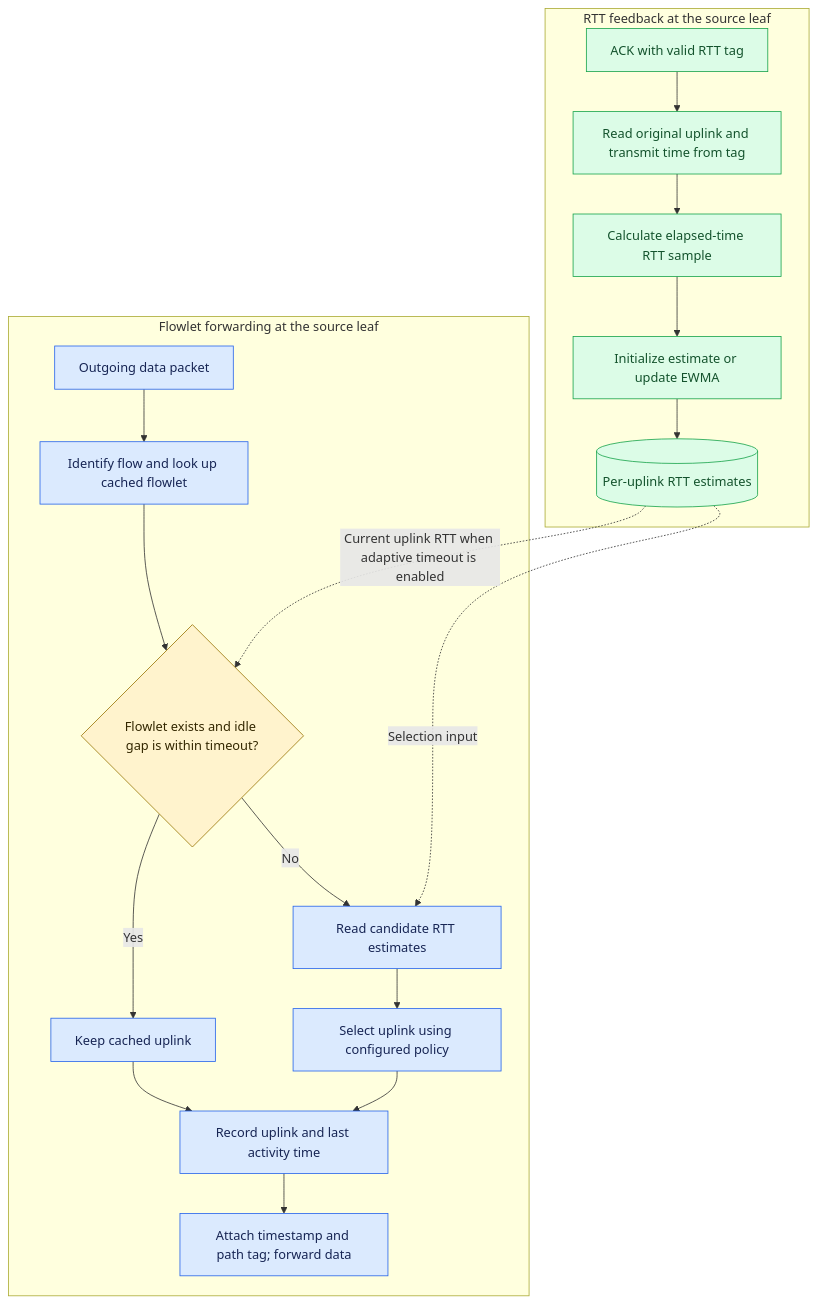
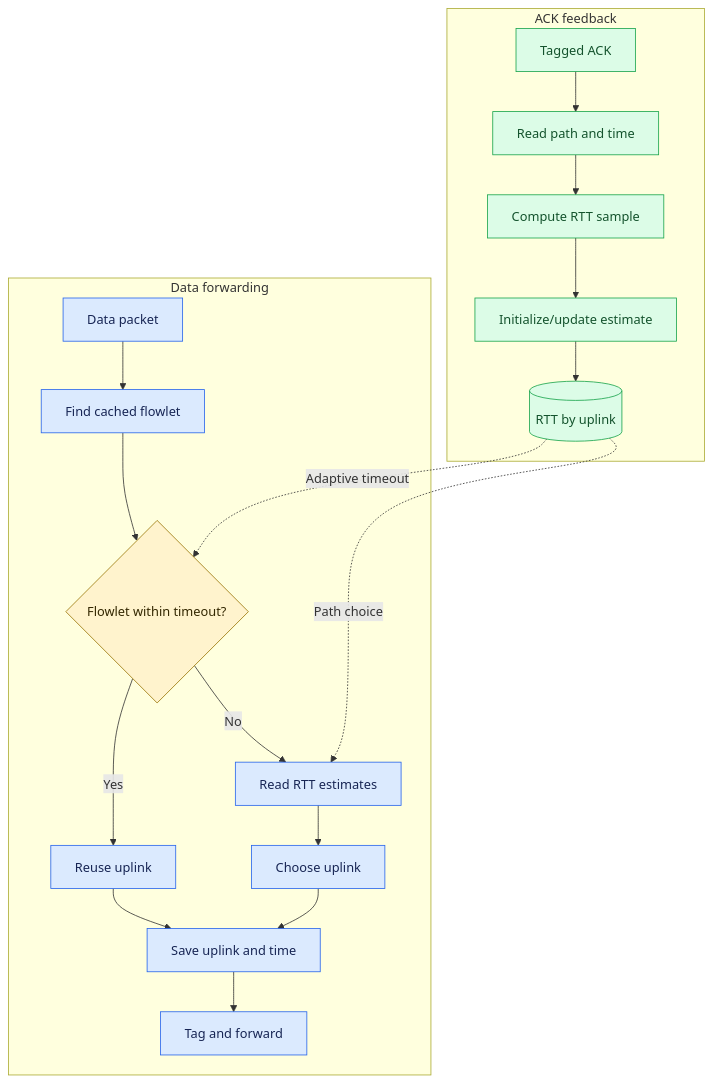
Before and after one commit to Hemadri01/rtt-aware-routing: the first of 2 diagrams in README.md, drawn with Mermaid. The commit also changed other lines of this file and 1 other file, not shown here.

Commit message:
Readme update

```diff
--- a/README.md
+++ b/README.md
@@ -42,30 +42,30 @@
 ~~~mermaid
 flowchart TB
-    subgraph forwarding["Flowlet forwarding at the source leaf"]
-        packet["Outgoing data packet"] --> lookup["Identify flow and look up cached flowlet"]
-        lookup --> active{"Flowlet exists and idle gap is within timeout?"}
-        active -->|Yes| reuse["Keep cached uplink"]
-        active -->|No| metrics["Read candidate RTT estimates"]
-        metrics --> select["Select uplink using configured policy"]
-        reuse --> record["Record uplink and last activity time"]
+    subgraph forwarding["Data forwarding"]
+        packet["Data packet"] --> lookup["Find cached flowlet"]
+        lookup --> active{"Flowlet within timeout?"}
+        active -->|Yes| reuse["Reuse uplink"]
+        active -->|No| metrics["Read RTT estimates"]
+        metrics --> select["Choose uplink"]
+        reuse --> record["Save uplink and time"]
         select --> record
-        record --> forward["Attach timestamp and path tag; forward data"]
+        record --> forward["Tag and forward"]
     end
 
-    subgraph measurement["RTT feedback at the source leaf"]
-        feedback["ACK with valid RTT tag"] --> associate["Read original uplink and transmit time from tag"]
-        associate --> sample["Calculate elapsed-time RTT sample"]
-        sample --> smooth["Initialize estimate or update EWMA"]
-        smooth --> estimates[("Per-uplink RTT estimates")]
+    subgraph measurement["ACK feedback"]
+        feedback["Tagged ACK"] --> associate["Read path and time"]
+        associate --> sample["Compute RTT sample"]
+        sample --> smooth["Initialize/update estimate"]
+        smooth --> estimates[("RTT by uplink")]
     end
 
-    estimates -.->|Selection input| metrics
-    estimates -.->|Current uplink RTT when adaptive timeout is enabled| active
+    estimates -.->|Path choice| metrics
+    estimates -.->|Adaptive timeout| active
 
     classDef decision fill:#fff3cd,stroke:#997404,color:#332701;
     classDef routing fill:#dbeafe,stroke:#2563eb,color:#172554;
     classDef timing fill:#dcfce7,stroke:#16a34a,color:#14532d;
     class active decision;
     class packet,lookup,reuse,metrics,select,record,forward routing;
     class feedback,associate,sample,smooth,estimates timing;
 ~~~
```
